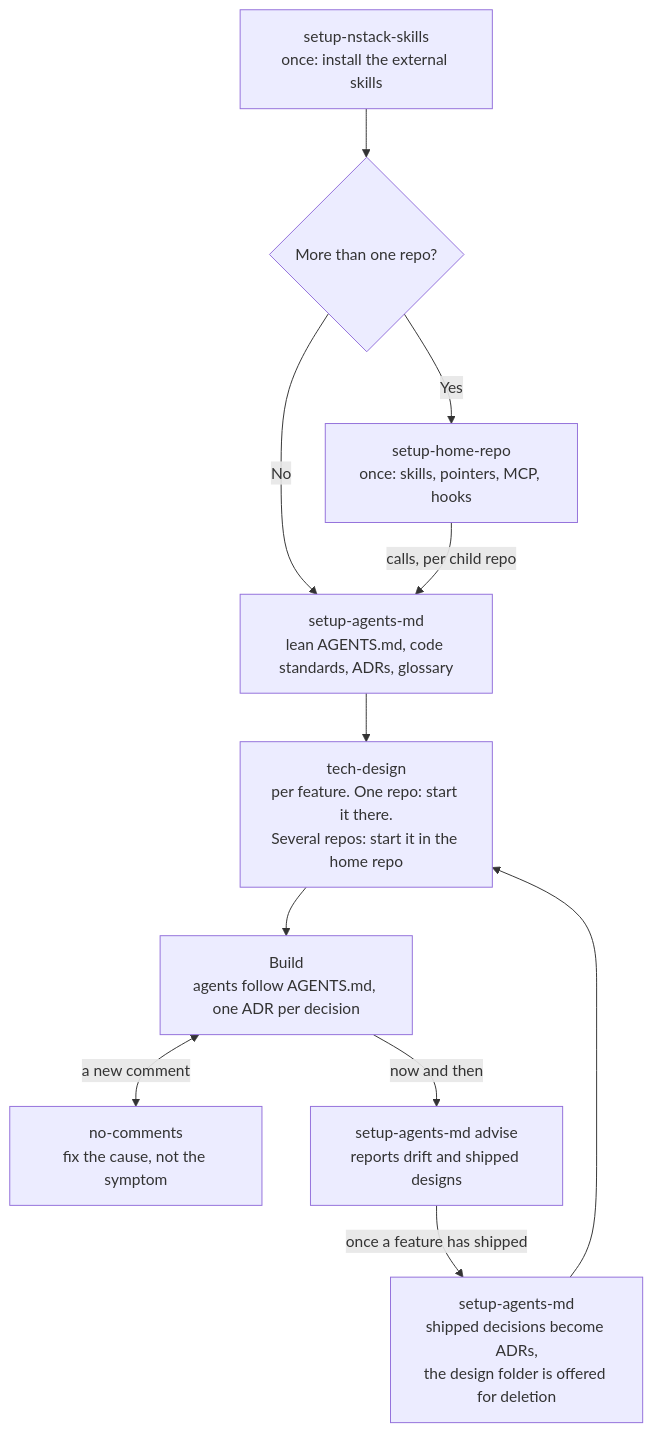
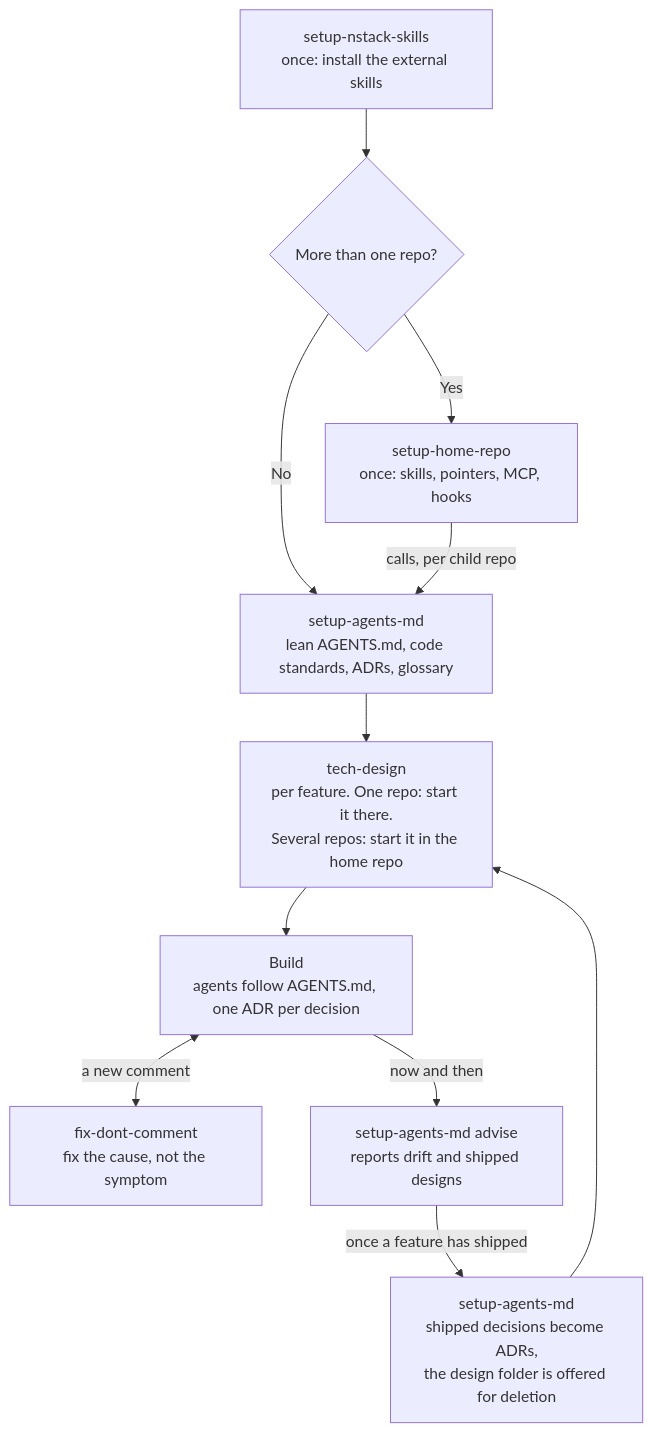
One commit to svennijhuis/nstack changed the diagram in README.md. Above: the diagram before and after it, drawn with Mermaid. The commit also changed other lines of this file and 6 other files, not shown here.

First line of the commit message:
Rename no-comments to fix-dont-comment: the point is the root cause

````diff
--- a/README.md
+++ b/README.md
@@ -18,13 +18,13 @@
 ```mermaid
 flowchart TD
     A[setup-nstack-skills<br/>once: install the external skills] --> B{More than one repo?}
     B -->|Yes| C[setup-home-repo<br/>once: skills, pointers, MCP, hooks]
     B -->|No| D
     C -->|calls, per child repo| D[setup-agents-md<br/>lean AGENTS.md, code standards, ADRs, glossary]
     D --> E[tech-design<br/>per feature. One repo: start it there.<br/>Several repos: start it in the home repo]
     E --> F[Build<br/>agents follow AGENTS.md, one ADR per decision]
-    F <-->|a new comment| R[no-comments<br/>fix the cause, not the symptom]
+    F <-->|a new comment| R[fix-dont-comment<br/>fix the cause, not the symptom]
     F -->|now and then| G[setup-agents-md advise<br/>reports drift and shipped designs]
     G -->|once a feature has shipped| H[setup-agents-md<br/>shipped decisions become ADRs,<br/>the design folder is offered for deletion]
     H --> E
 ```
````
